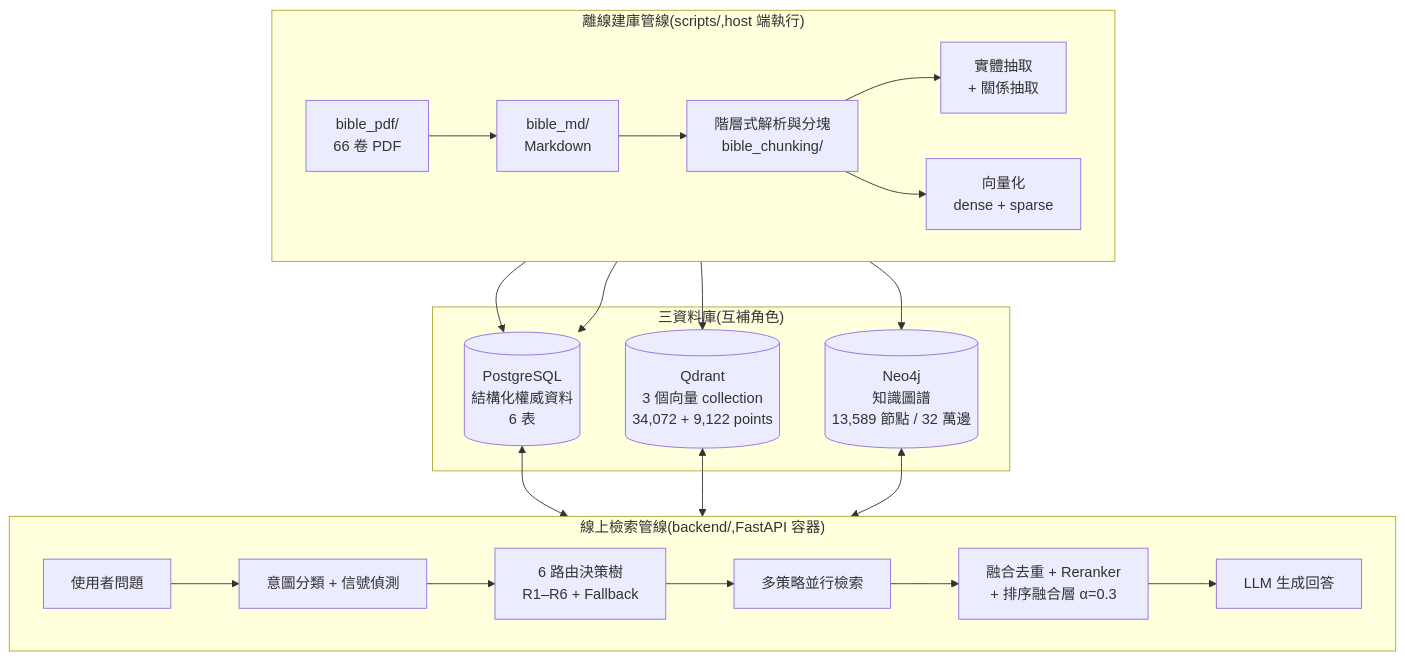
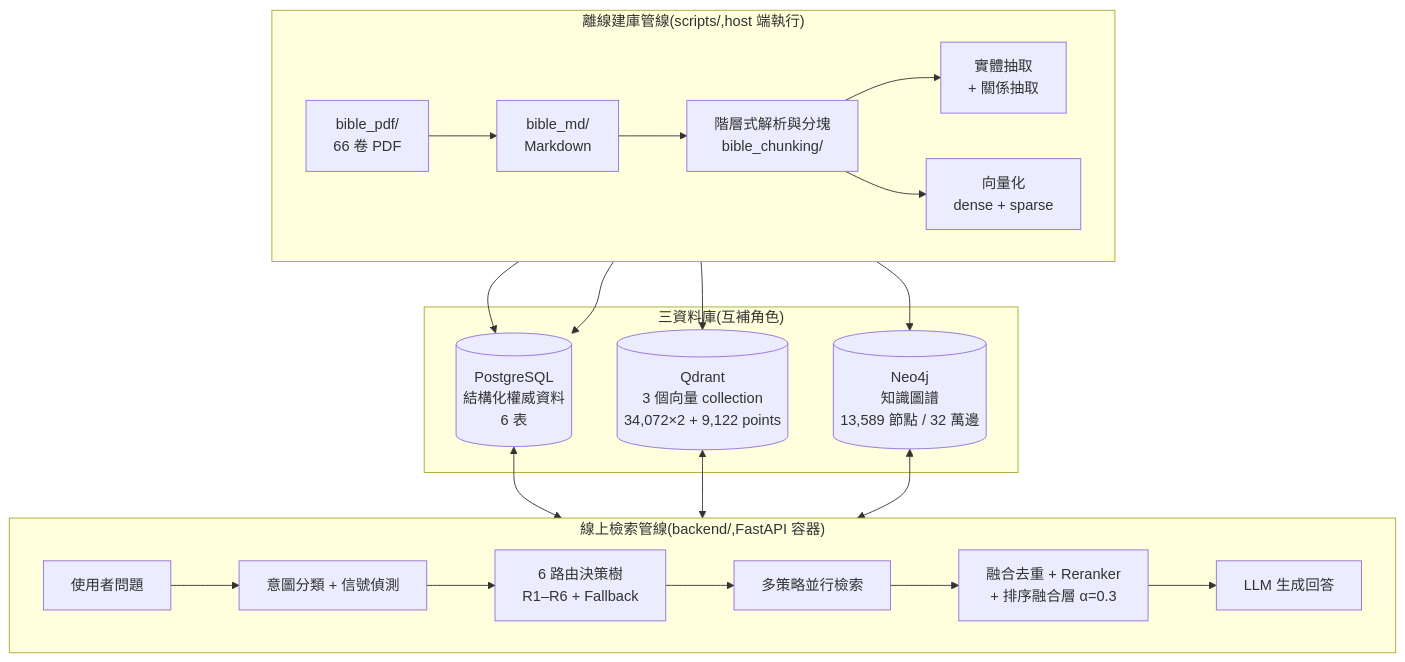
One commit to KenZx0521/Bible_RAG changed the first of 11 diagrams in docs/ARCHITECTURE.md. Above: the diagram before and after it, drawn with Mermaid. The commit also changed other lines of this file and 17 other files, not shown here.

````diff
--- a/docs/ARCHITECTURE.md
+++ b/docs/ARCHITECTURE.md
@@ -29,33 +29,33 @@
 ```mermaid
 flowchart TB
     subgraph OFFLINE["離線建庫管線(scripts/,host 端執行)"]
         direction LR
         PDF["bible_pdf/<br/>66 卷 PDF"] --> MD["bible_md/<br/>Markdown"]
         MD --> CHUNK["階層式解析與分塊<br/>bible_chunking/"]
         CHUNK --> EXTRACT["實體抽取<br/>+ 關係抽取"]
         CHUNK --> EMBED["向量化<br/>dense + sparse"]
     end
 
     subgraph DB["三資料庫(互補角色)"]
         PG[("PostgreSQL<br/>結構化權威資料<br/>6 表")]
-        QD[("Qdrant<br/>3 個向量 collection<br/>34,072 + 9,122 points")]
+        QD[("Qdrant<br/>3 個向量 collection<br/>34,072×2 + 9,122 points")]
         NEO[("Neo4j<br/>知識圖譜<br/>13,589 節點 / 32 萬邊")]
     end
 
     subgraph ONLINE["線上檢索管線(backend/,FastAPI 容器)"]
         direction LR
         Q["使用者問題"] --> INTENT["意圖分類 + 信號偵測"]
         INTENT --> ROUTE["6 路由決策樹<br/>R1–R6 + Fallback"]
         ROUTE --> RETR["多策略並行檢索"]
         RETR --> FUSE["融合去重 + Reranker<br/>+ 排序融合層 α=0.3"]
         FUSE --> GEN["LLM 生成回答"]
     end
 
     EXTRACT --> NEO
     EXTRACT --> PG
     EMBED --> QD
     CHUNK --> PG
     PG <--> RETR
     QD <--> RETR
     NEO <--> RETR
 ```
````
